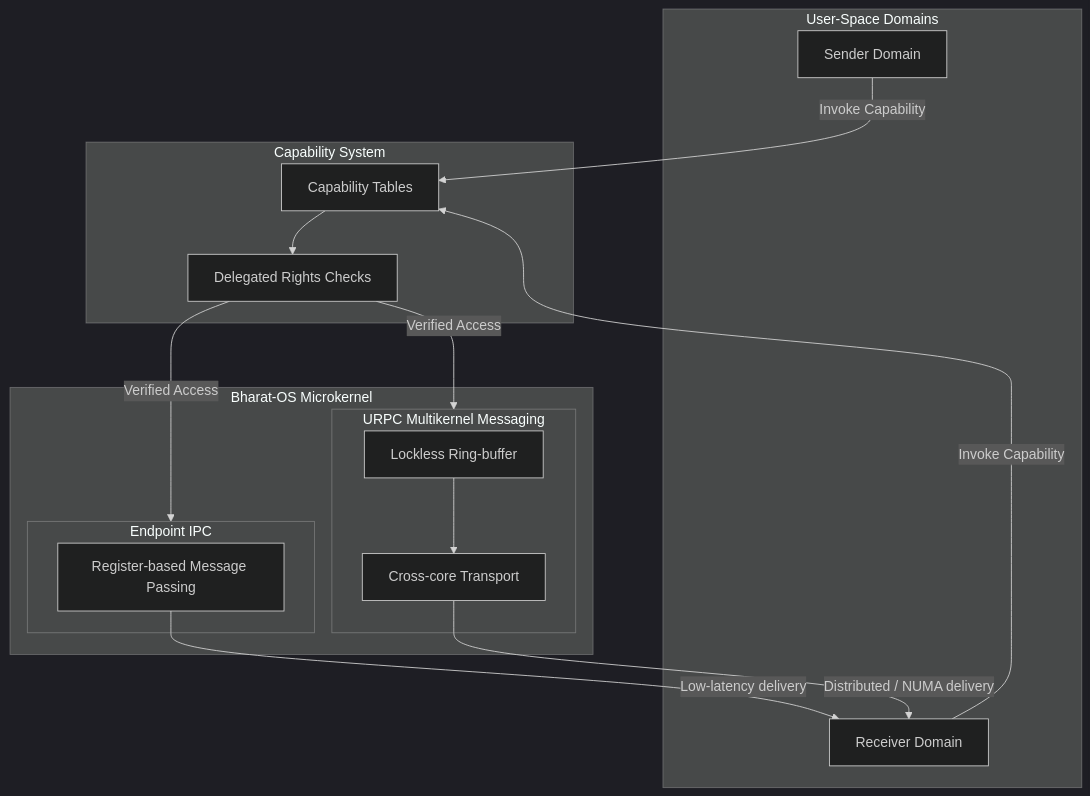
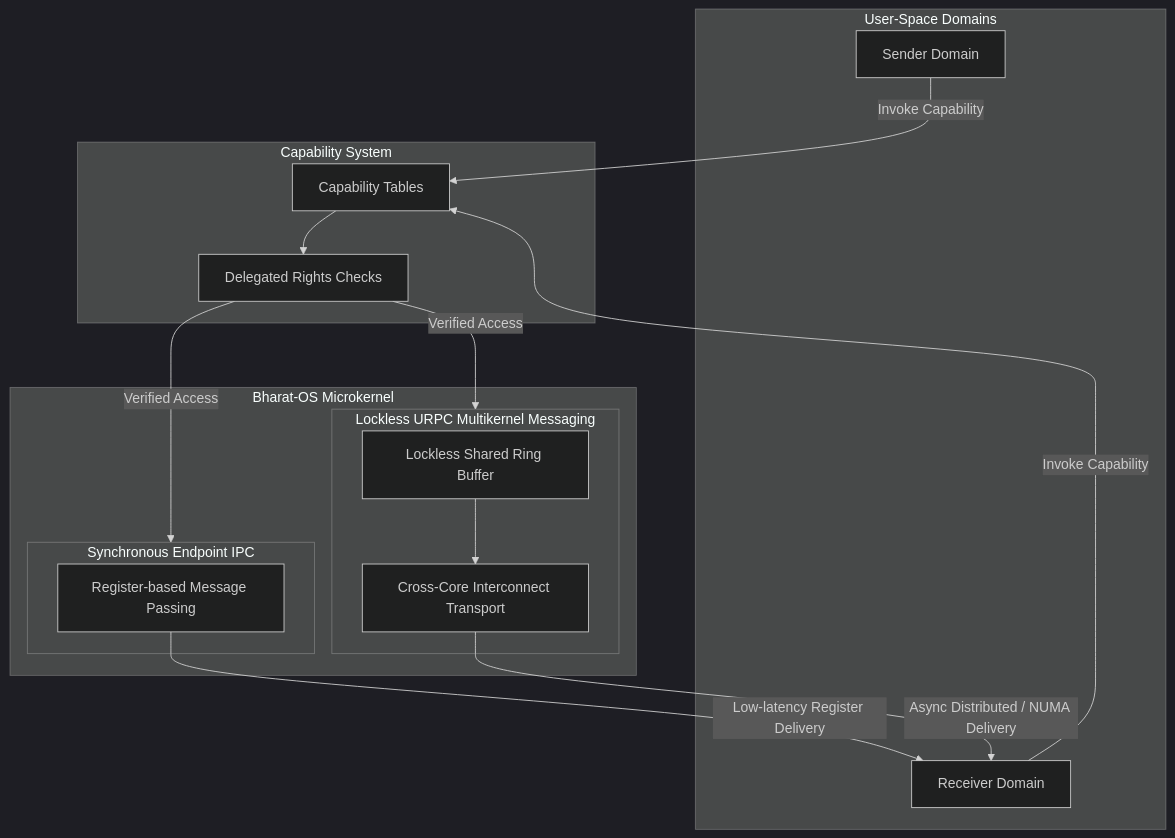
The fifth of 7 diagrams in README.md (CloudCarpentry/Bharat-OS), drawn with Mermaid (dark theme) before and after one commit. The commit also changed other lines of this file, not shown here.

First line of the commit message:
docs: enhance README with detailed architecture diagrams (#93)

````diff
--- a/README.md
+++ b/README.md
@@ -139,34 +231,34 @@
 ```mermaid
 graph TD
     subgraph UserSpace [User-Space Domains]
         Sender[Sender Domain]
         Receiver[Receiver Domain]
     end
 
     subgraph Capability [Capability System]
         CapTable[Capability Tables]
         Checks[Delegated Rights Checks]
     end
 
     subgraph Microkernel [Bharat-OS Microkernel]
-        subgraph SyncIPC [Endpoint IPC]
+        subgraph SyncIPC [Synchronous Endpoint IPC]
             RegisterPass[Register-based Message Passing]
         end
 
-        subgraph AsyncIPC [URPC Multikernel Messaging]
-            RingBuffer[Lockless Ring-buffer]
-            MultiCore[Cross-core Transport]
+        subgraph AsyncIPC [Lockless URPC Multikernel Messaging]
+            RingBuffer[Lockless Shared Ring Buffer]
+            MultiCore[Cross-Core Interconnect Transport]
         end
     end
 
     Sender -->|Invoke Capability| CapTable
     Receiver -->|Invoke Capability| CapTable
 
     CapTable --> Checks
     Checks -->|Verified Access| SyncIPC
     Checks -->|Verified Access| AsyncIPC
 
-    RegisterPass -->|Low-latency delivery| Receiver
+    RegisterPass -->|Low-latency Register Delivery| Receiver
     RingBuffer --> MultiCore
-    MultiCore -->|Distributed / NUMA delivery| Receiver
+    MultiCore -->|Async Distributed / NUMA Delivery| Receiver
 ```
````
